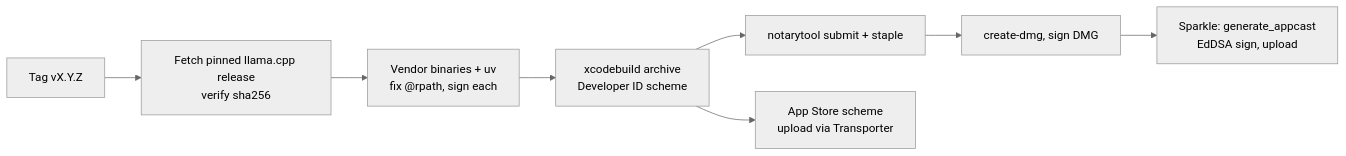
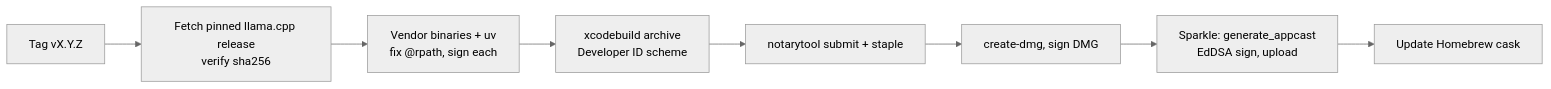
Before and after one commit to adatoo/quail: the second of 2 diagrams in docs/ARCHITECTURE.md, drawn with Mermaid (neutral theme). The commit also changed other lines of this file and 9 other files, not shown here.

````diff
--- a/docs/ARCHITECTURE.md
+++ b/docs/ARCHITECTURE.md
@@ -224,10 +216,10 @@
 ```mermaid
 flowchart LR
   A[Tag vX.Y.Z] --> B[Fetch pinned llama.cpp release<br/>verify sha256]
   B --> C[Vendor binaries + uv<br/>fix @rpath, sign each]
   C --> D[xcodebuild archive<br/>Developer ID scheme]
   D --> E[notarytool submit + staple]
   E --> F[create-dmg, sign DMG]
   F --> G[Sparkle: generate_appcast<br/>EdDSA sign, upload]
-  D --> H[App Store scheme<br/>upload via Transporter]
+  G --> H[Update Homebrew cask]
 ```
````
